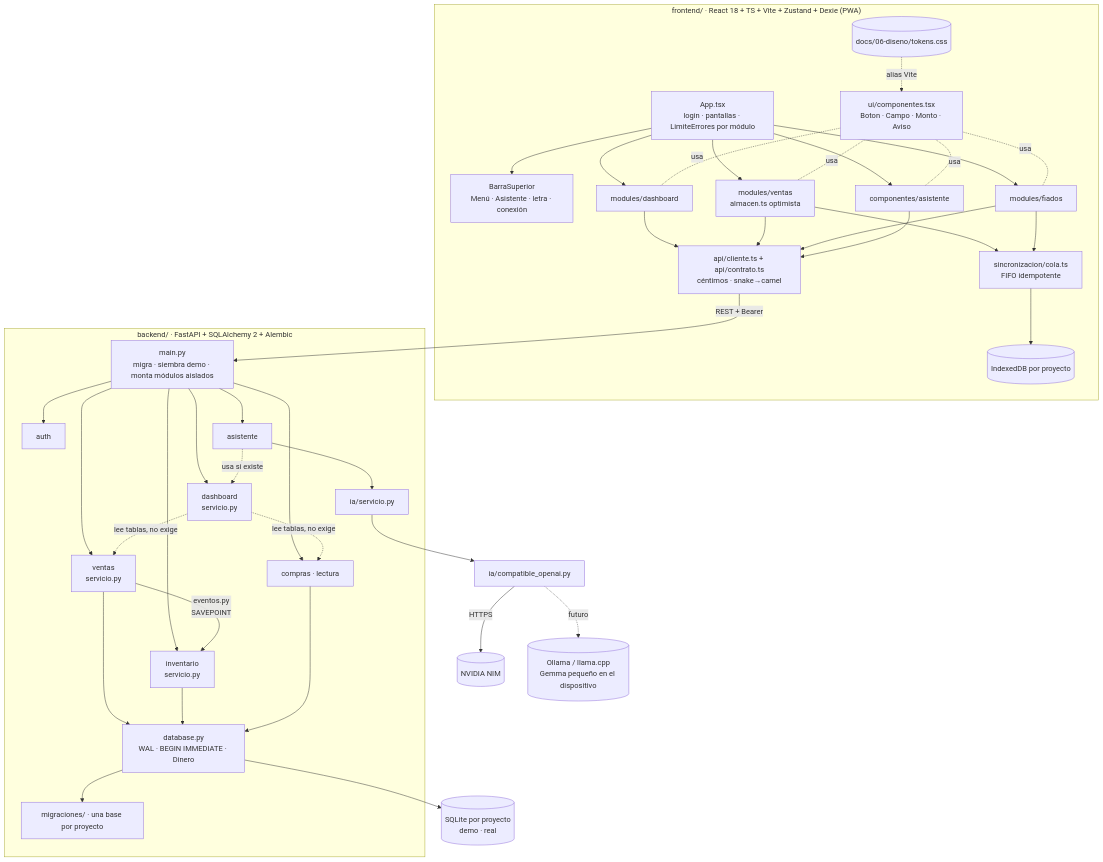
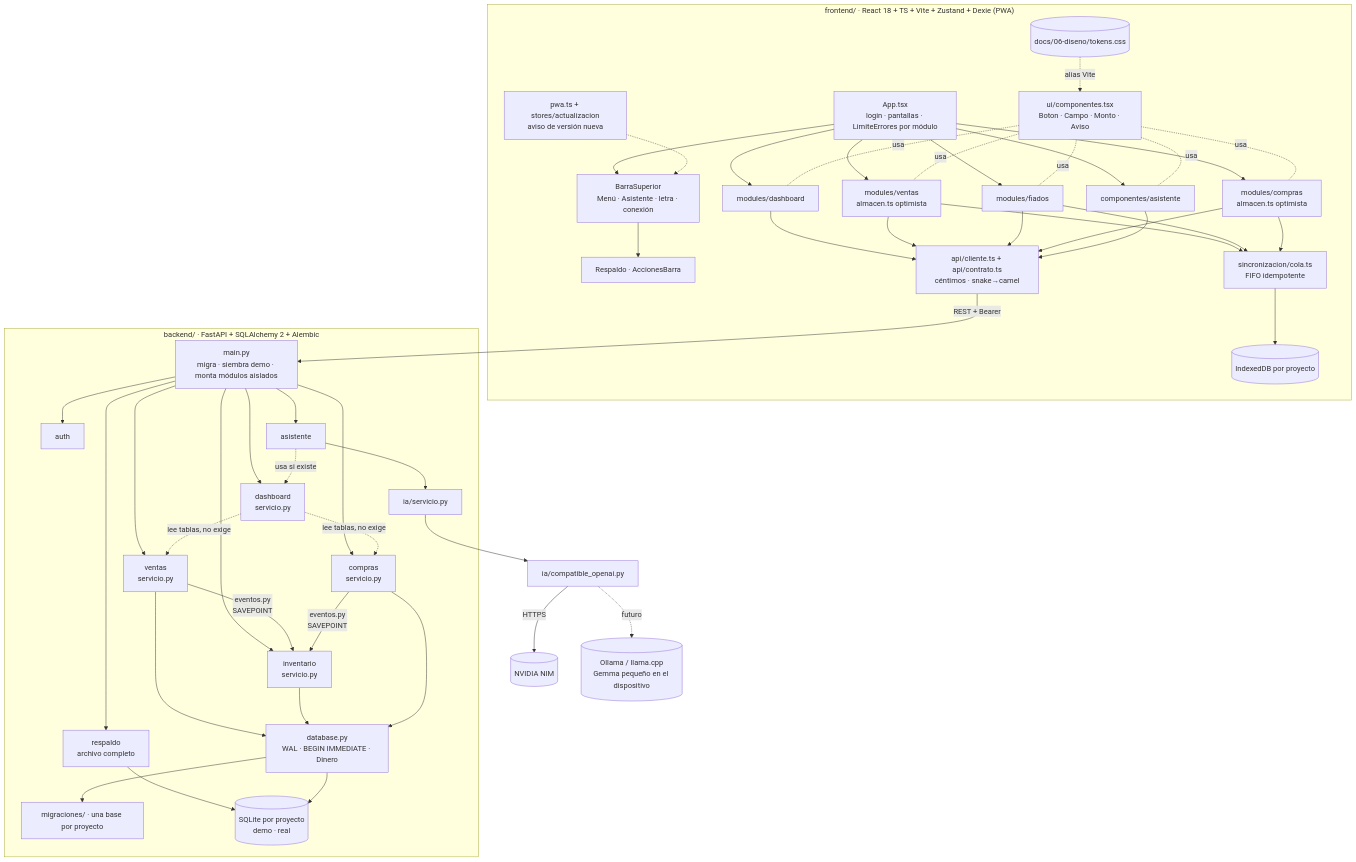
Before and after one commit to JoseFM2808/Mi-puestito: the first of 2 diagrams in .ai-context/02-arquitectura.md, drawn with Mermaid. The commit also changed other lines of this file and 11 other files, not shown here.

First line of the commit message:
Contexto AI-First al día: Compras, respaldo, llave y verificador

````diff
--- a/.ai-context/02-arquitectura.md
+++ b/.ai-context/02-arquitectura.md
@@ -19,36 +19,41 @@
 ```mermaid
 flowchart TB
     subgraph FE["frontend/ · React 18 + TS + Vite + Zustand + Dexie (PWA)"]
         App[App.tsx<br/>login · pantallas · LimiteErrores por módulo] --> Barra[BarraSuperior<br/>Menú · Asistente · letra · conexión]
         App --> Caja[modules/dashboard]
         App --> Ven[modules/ventas<br/>almacen.ts optimista]
         App --> Fia[modules/fiados]
+        App --> Com[modules/compras<br/>almacen.ts optimista]
         App --> Asis[componentes/asistente]
-        Ven & Fia --> Cola[sincronizacion/cola.ts<br/>FIFO idempotente]
+        Barra --> Res[Respaldo · AccionesBarra]
+        Pwa[pwa.ts + stores/actualizacion<br/>aviso de versión nueva] -.-> Barra
+        Ven & Fia & Com --> Cola[sincronizacion/cola.ts<br/>FIFO idempotente]
         Cola --> IDB[(IndexedDB por proyecto)]
-        Caja & Ven & Fia & Asis --> Api[api/cliente.ts + api/contrato.ts<br/>céntimos · snake→camel]
-        UI[ui/componentes.tsx<br/>Boton · Campo · Monto · Aviso] -.usa.- Caja & Ven & Fia & Asis
+        Caja & Ven & Fia & Com & Asis --> Api[api/cliente.ts + api/contrato.ts<br/>céntimos · snake→camel]
+        UI[ui/componentes.tsx<br/>Boton · Campo · Monto · Aviso] -.usa.- Caja & Ven & Fia & Com & Asis
         Tokens[(docs/06-diseno/tokens.css)] -.alias Vite.-> UI
     end
 
     subgraph BE["backend/ · FastAPI + SQLAlchemy 2 + Alembic"]
         Main[main.py<br/>migra · siembra demo · monta módulos aislados] --> MAuth[auth]
         Main --> MDash[dashboard<br/>servicio.py]
         Main --> MVen[ventas<br/>servicio.py]
-        Main --> MCom[compras · lectura]
+        Main --> MCom[compras<br/>servicio.py]
         Main --> MInv[inventario<br/>servicio.py]
         Main --> MAsi[asistente]
-        MVen -- eventos.py<br/>SAVEPOINT --> MInv
+        Main --> MRes[respaldo<br/>archivo completo]
+        MVen & MCom -- eventos.py<br/>SAVEPOINT --> MInv
         MDash -. lee tablas, no exige .-> MVen & MCom
         MAsi -. usa si existe .-> MDash
         MAsi --> IA[ia/servicio.py]
         MVen & MInv & MCom --> DB[database.py<br/>WAL · BEGIN IMMEDIATE · Dinero]
         DB --> Mig[migraciones/ · una base por proyecto]
+        MRes --> SQL
     end
 
     Api -- REST + Bearer --> Main
     IA --> Prov[ia/compatible_openai.py]
     Prov -- HTTPS --> NIM[(NVIDIA NIM)]
     Prov -. futuro .-> Local[(Ollama / llama.cpp<br/>Gemma pequeño en el dispositivo)]
     DB --> SQL[(SQLite por proyecto<br/>demo · real)]
 ```
````
